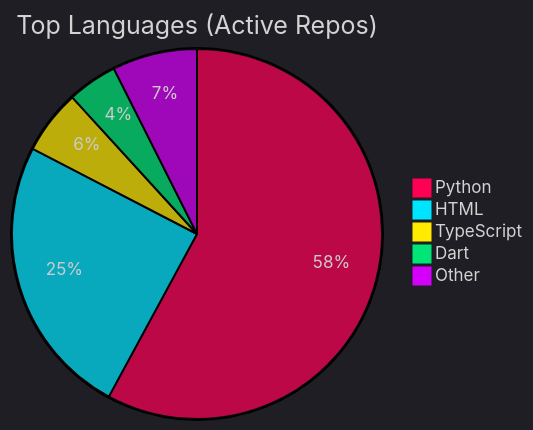
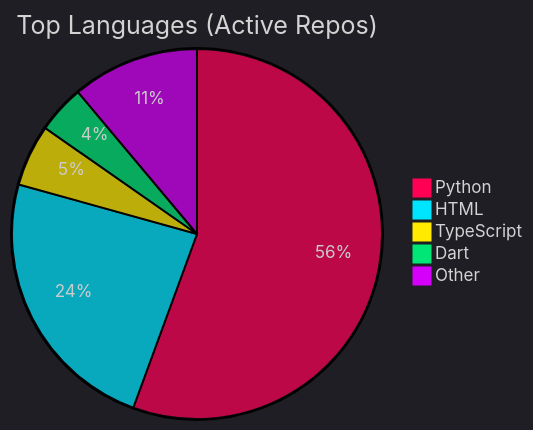
One commit to Nzettodess/Nzettodess changed the diagram in README.md. Above: the diagram before and after it, drawn with Mermaid. The commit also changed other lines of this file, not shown here.

Commit message:
Update recent activity [skip ci]

````diff
--- a/README.md
+++ b/README.md
@@ -35,9 +35,9 @@
 ```mermaid
 %%{init: {'theme': 'dark', 'themeVariables': { 'pie1': '#FF0055', 'pie2': '#00E5FF', 'pie3': '#FFEA00', 'pie4': '#00E676', 'pie5': '#D500F9' }}}%%
 pie title Top Languages (Active Repos)
     "Python" : 55.60
     "HTML" : 23.72
     "TypeScript" : 5.39
     "Dart" : 4.19
-    "Other" : 7.12
+    "Other" : 11.11
 ```
````
